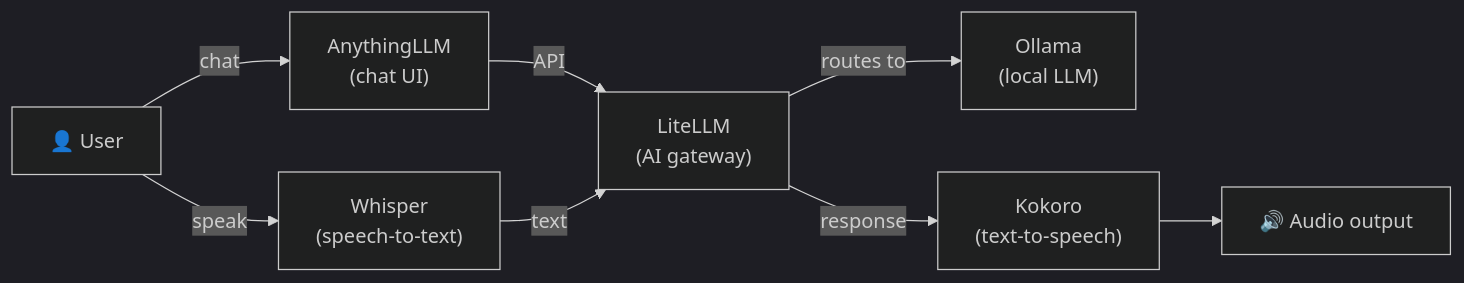
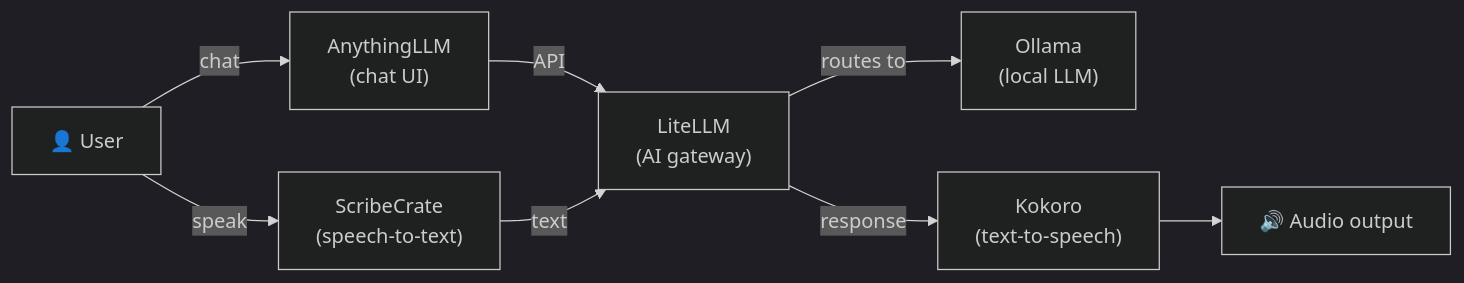
One commit to hwdsl2/self-hosted-ai-stack changed the diagram in stacks/voice-chat/README.md. Above: the diagram before and after it, drawn with Mermaid (dark theme). The commit also changed other lines of this file and 19 other files, not shown here.

````diff
--- a/stacks/voice-chat/README.md
+++ b/stacks/voice-chat/README.md
@@ -17,10 +17,10 @@
 ```mermaid
 graph LR
     U["👤 User"] -->|chat| A["AnythingLLM<br/>(chat UI)"]
-    U -->|speak| W["Whisper<br/>(speech-to-text)"]
+    U -->|speak| W["ScribeCrate<br/>(speech-to-text)"]
     A -->|API| L["LiteLLM<br/>(AI gateway)"]
     L -->|routes to| O["Ollama<br/>(local LLM)"]
     L -->|response| K["Kokoro<br/>(text-to-speech)"]
     K --> S["🔊 Audio output"]
     W -->|text| L
 ```
````
